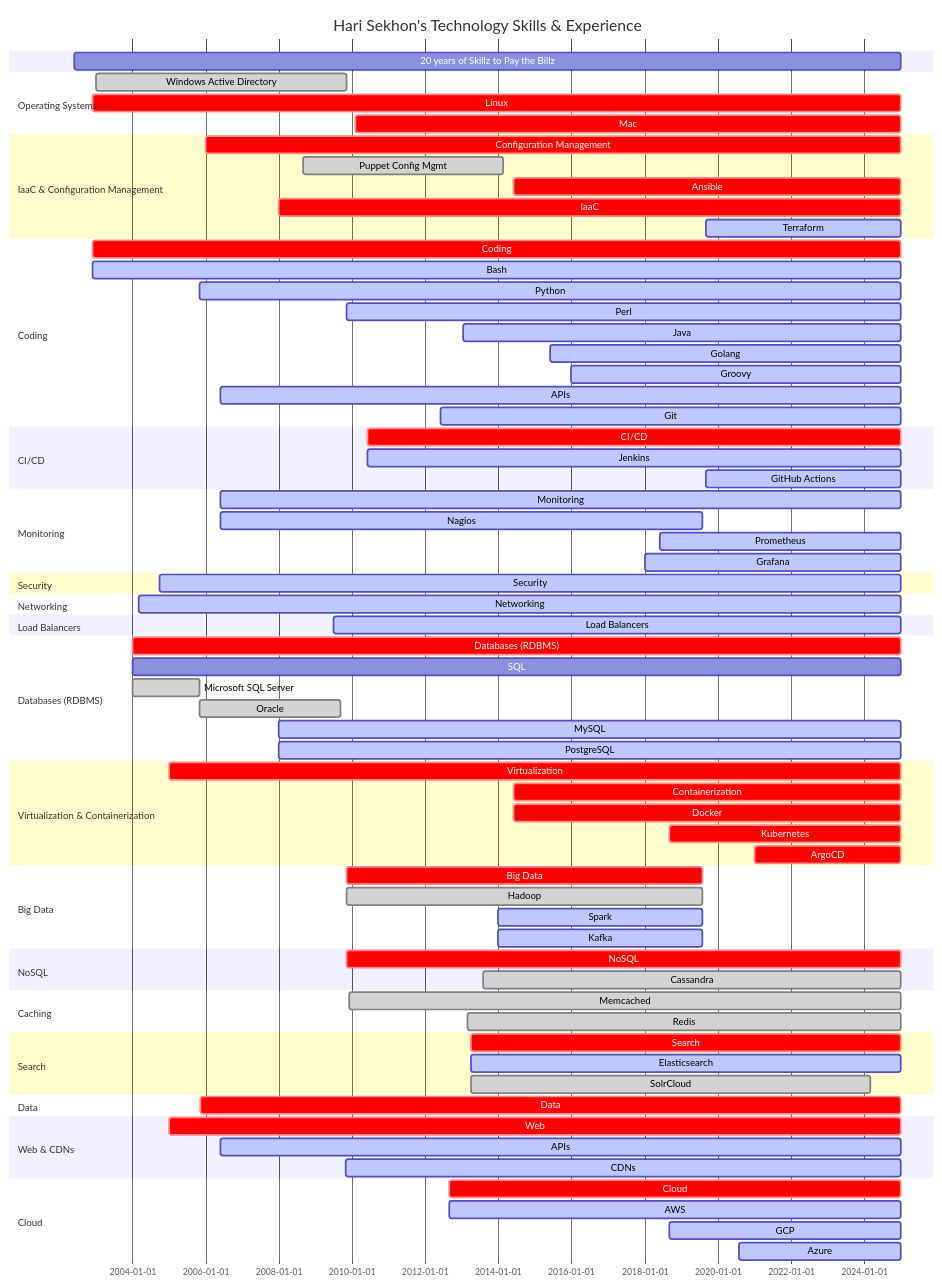
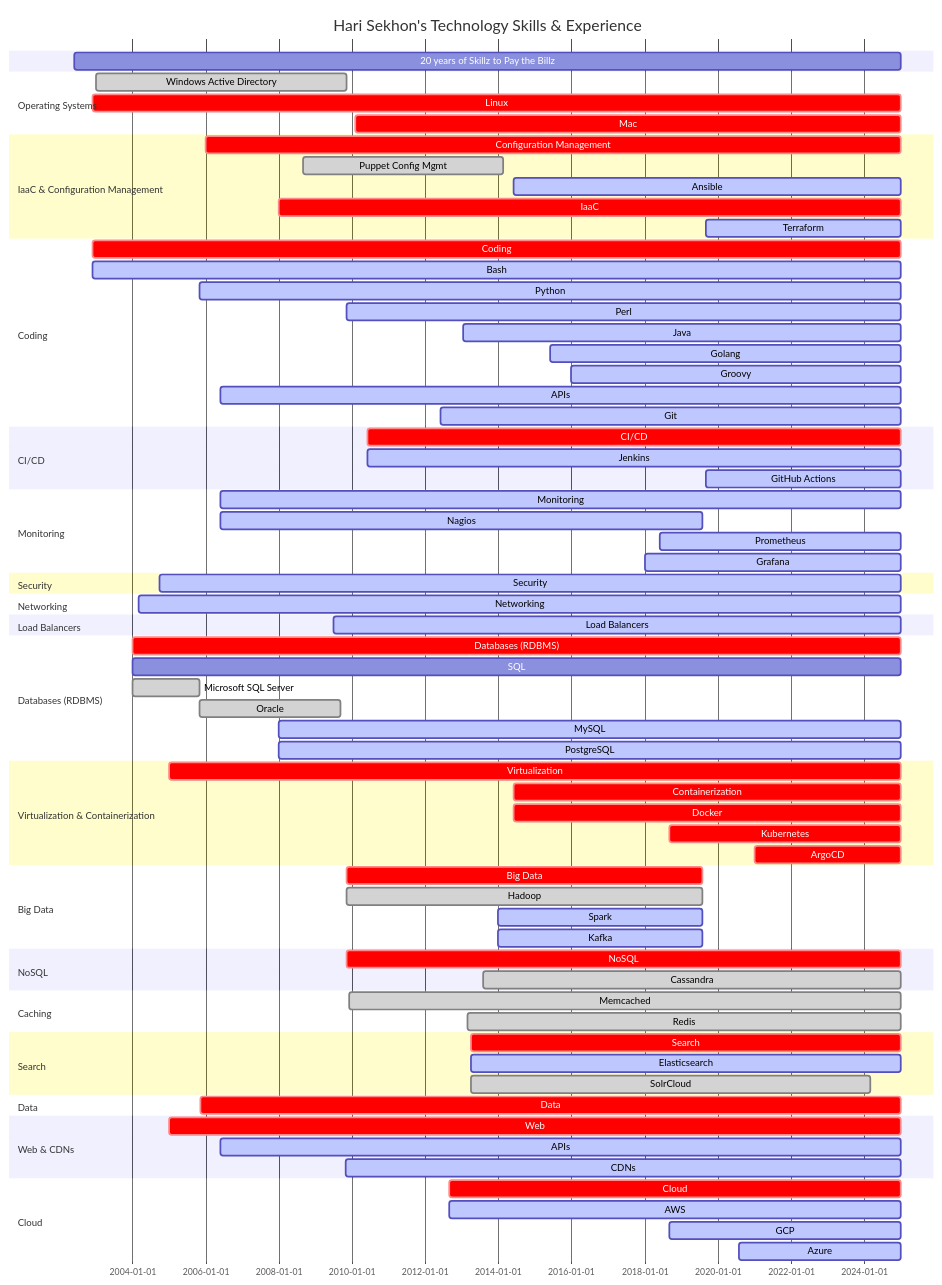
Before and after one commit to HariSekhon/HariSekhon: the diagram in README.md, drawn with Mermaid.

```diff
--- a/README.md
+++ b/README.md
@@ -292,7 +292,7 @@
     section IaaC & Configuration Management
     Configuration Management :crit, 2006-01-01, 2024-12-31
     Puppet Config Mgmt     : done, 2008-09-01, 2014-02-18
-    Ansible                : crit, 2014-06-01, 2024-12-31
+    Ansible                : active, 2014-06-01, 2024-12-31
     IaaC                   :crit, 2008-01-01, 2024-12-31
     Terraform              :active, 2019-09-01, 2024-12-31
     %%Terraform Cloud        : active, 2021-09-01, 2022-09-31
```
